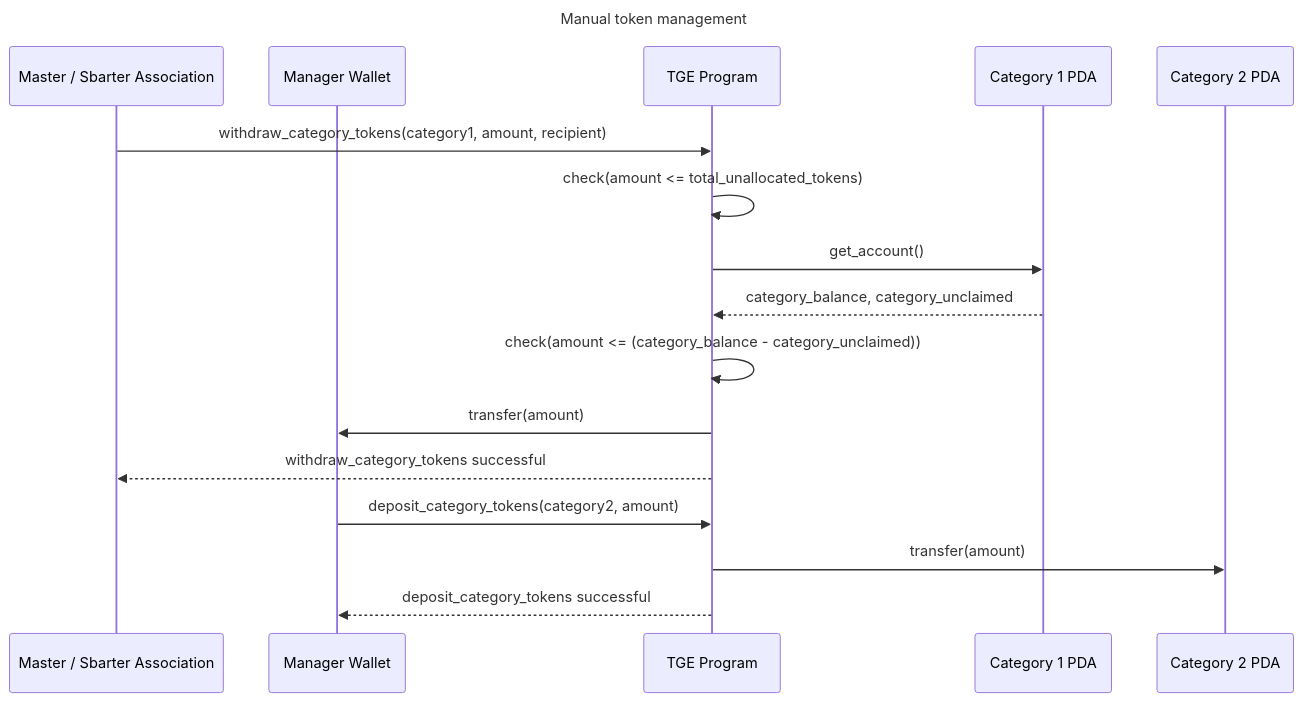
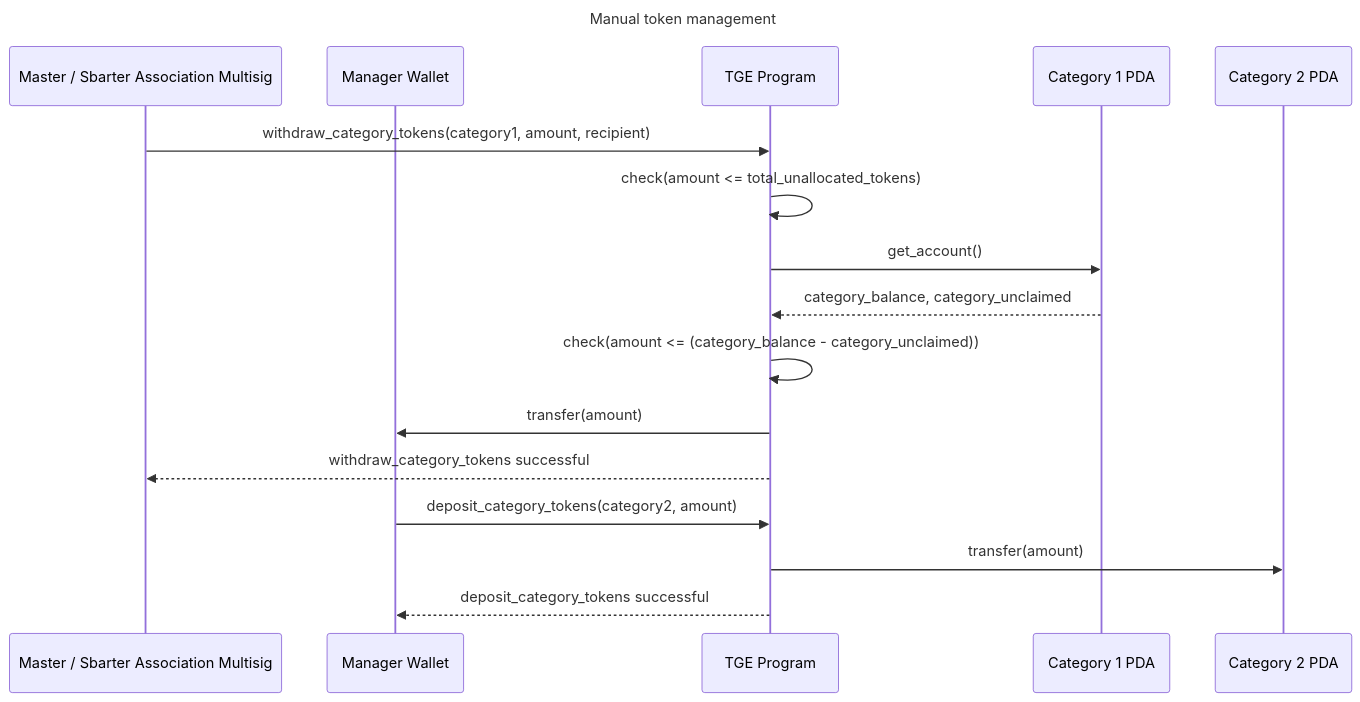
The third of 3 diagrams in README.md (sbarter/blockchain-token-solana-program), drawn with Mermaid before and after one commit. The commit also changed other lines of this file, not shown here.

````diff
--- a/README.md
+++ b/README.md
@@ -123,22 +131,22 @@
 ```mermaid
 sequenceDiagram
     title Manual token management
 
-    participant Admin as Master / Sbarter Association
+    participant Admin as Master / Sbarter Association Multisig
     participant Manager as Manager Wallet
     participant Program as TGE Program
     participant Category1 as Category 1 PDA
     participant Category2 as Category 2 PDA
 
     Admin->>Program: withdraw_category_tokens(category1, amount, recipient)
     Program->>Program: check(amount <= total_unallocated_tokens)
     Program->>Category1: get_account()
     Category1-->>Program: category_balance, category_unclaimed
     Program->>Program: check(amount <= (category_balance - category_unclaimed))
     Program->>Manager: transfer(amount)
     Program-->>Admin: withdraw_category_tokens successful
 
     Manager->>Program: deposit_category_tokens(category2, amount)
     Program->>Category2: transfer(amount)
     Program-->>Manager: deposit_category_tokens successful
 ```
````
